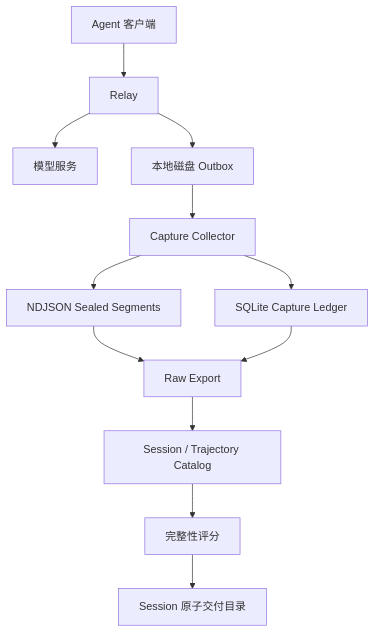
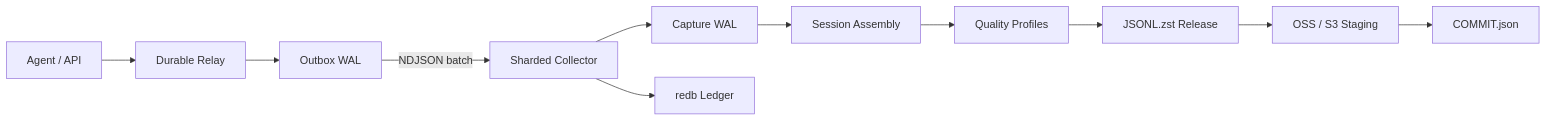
Before and after one commit to XS-MLVP/ChipTrace: the diagram in docs/architecture.md, drawn with Mermaid. The commit also changed other lines of this file and 70 other files, not shown here.

````diff
--- a/docs/architecture.md
+++ b/docs/architecture.md
@@ -18,14 +5,13 @@
 ```mermaid
-flowchart TB
-    Client[Agent 客户端] --> Relay[Relay]
-    Relay --> Upstream[模型服务]
-    Relay --> Outbox[本地磁盘 Outbox]
-    Outbox --> Collector[Capture Collector]
-    Collector --> Segment[NDJSON Sealed Segments]
-    Collector --> Ledger[SQLite Capture Ledger]
-    Segment --> Export[Raw Export]
-    Ledger --> Export
-    Export --> Catalog[Session / Trajectory Catalog]
-    Catalog --> Score[完整性评分]
-    Score --> Release[Session 原子交付目录]
+flowchart LR
+    A[Agent / API] --> B[Durable Relay]
+    B --> C[Outbox WAL]
+    C -->|NDJSON batch| D[Sharded Collector]
+    D --> E[Capture WAL]
+    D --> F[redb Ledger]
+    E --> G[Session Assembly]
+    G --> H[Quality Profiles]
+    H --> I[JSONL.zst Release]
+    I --> J[OSS / S3 Staging]
+    J --> K[COMMIT.json]
 ```
````
